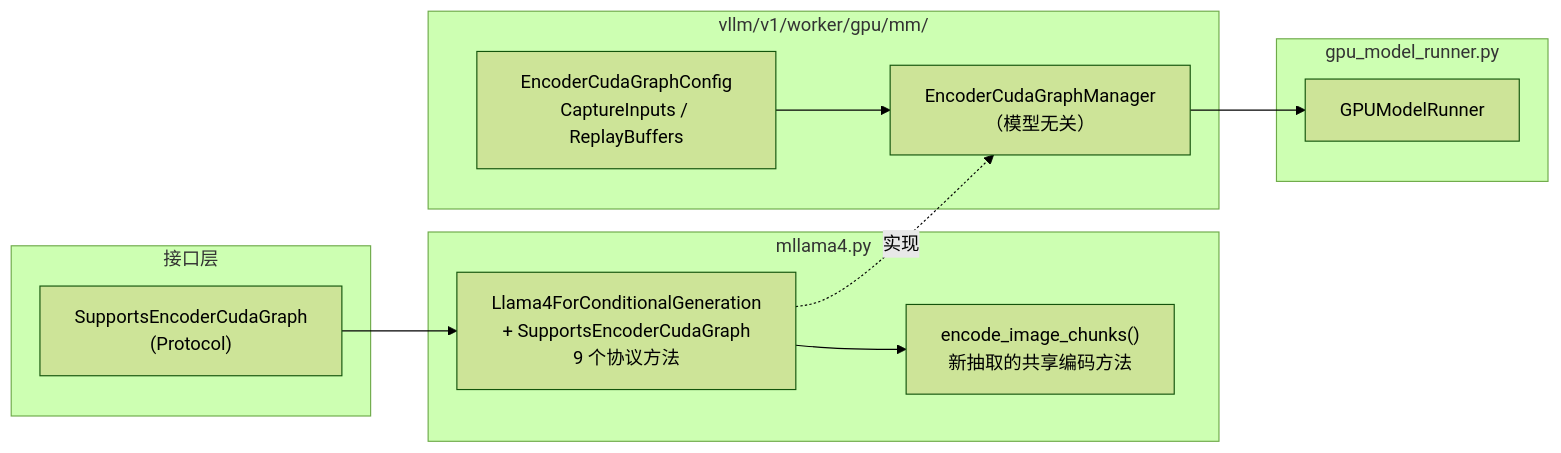
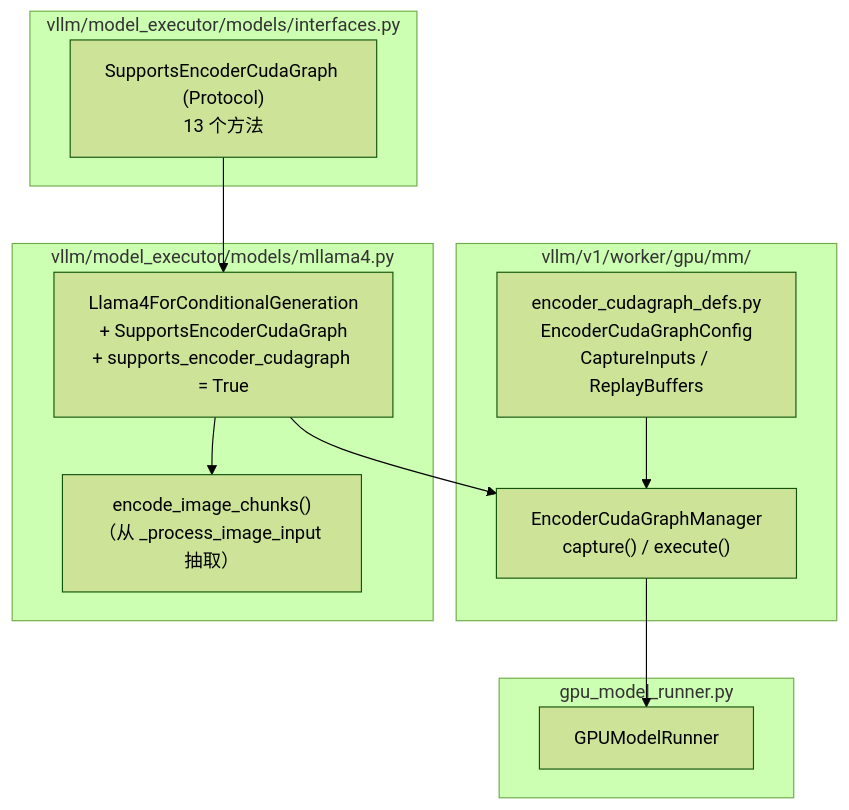
Before and after one commit to shen-shanshan/vllm-dev-skills: the first of 3 diagrams in skills/vllm-pr-summary/outputs/pr-40660-summary.md, drawn with Mermaid (forest theme). The commit also changed other lines of this file and 12 other files, not shown here.

````diff
--- a/skills/vllm-pr-summary/outputs/pr-40660-summary.md
+++ b/skills/vllm-pr-summary/outputs/pr-40660-summary.md
@@ -44,26 +44,26 @@
 ```mermaid
-graph LR
-    subgraph Protocol["接口层"]
-        SEG["SupportsEncoderCudaGraph<br/>(Protocol)"]
+graph TD
+    subgraph interfaces["vllm/model_executor/models/interfaces.py"]
+        SEG["SupportsEncoderCudaGraph (Protocol)<br/>13 个方法"]
     end
 
-    subgraph Model["mllama4.py"]
-        L4["Llama4ForConditionalGeneration<br/>+ SupportsEncoderCudaGraph<br/>9 个协议方法"]
-        ENC["encode_image_chunks()<br/>新抽取的共享编码方法"]
+    subgraph mm_worker["vllm/v1/worker/gpu/mm/"]
+        MGR["EncoderCudaGraphManager<br/>capture() / execute()"]
+        DEFS["encoder_cudagraph_defs.py<br/>EncoderCudaGraphConfig<br/>CaptureInputs / ReplayBuffers"]
+    end
+
+    subgraph model["vllm/model_executor/models/mllama4.py"]
+        L4["Llama4ForConditionalGeneration<br/>+ SupportsEncoderCudaGraph<br/>+ supports_encoder_cudagraph = True"]
+        ENC["encode_image_chunks()<br/>（从 _process_image_input 抽取）"]
         L4 --> ENC
     end
 
-    subgraph Mgr["vllm/v1/worker/gpu/mm/"]
-        ECM["EncoderCudaGraphManager<br/>（模型无关）"]
-        DEFS["EncoderCudaGraphConfig<br/>CaptureInputs / ReplayBuffers"]
-    end
-
-    subgraph Runner["gpu_model_runner.py"]
+    subgraph runner["gpu_model_runner.py"]
         GMR["GPUModelRunner"]
     end
 
     SEG --> L4
-    DEFS --> ECM
-    L4 -.->|实现| ECM
-    ECM --> GMR
+    DEFS --> MGR
+    L4 --> MGR
+    MGR --> GMR
 ```
````
